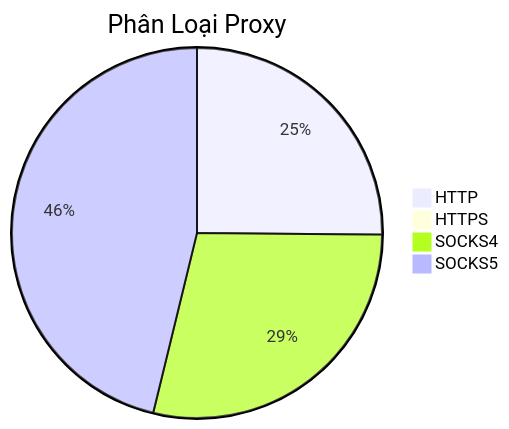
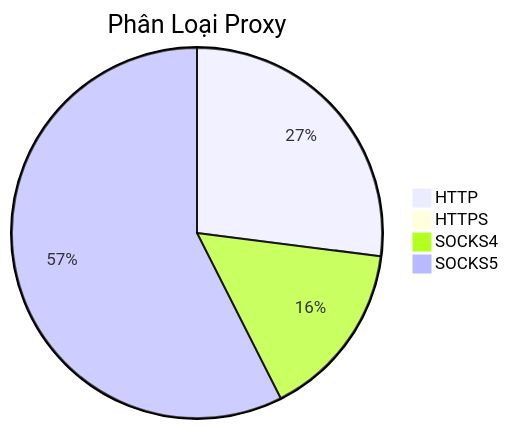
Before and after one commit to Ciara-Aa/PROXY-free: the diagram in README.md, drawn with Mermaid. The commit also changed other lines of this file and 4 other files, not shown here.

````diff
--- a/README.md
+++ b/README.md
@@ -26,7 +26,7 @@
 ```mermaid
 pie title Phân Loại Proxy
-    "HTTP" : 271
-    "HTTPS" : 3
-    "SOCKS4" : 309
-    "SOCKS5" : 498
+    "HTTP" : 353
+    "HTTPS" : 2
+    "SOCKS4" : 203
+    "SOCKS5" : 751
 ```
````
